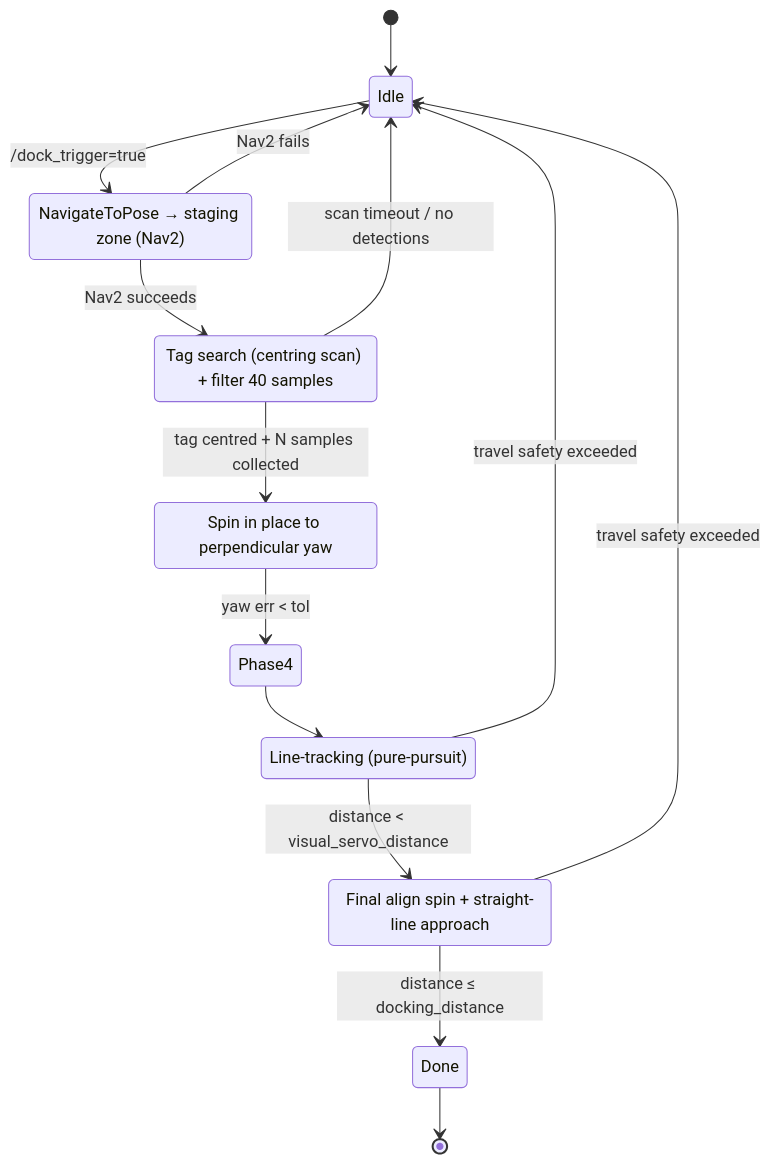
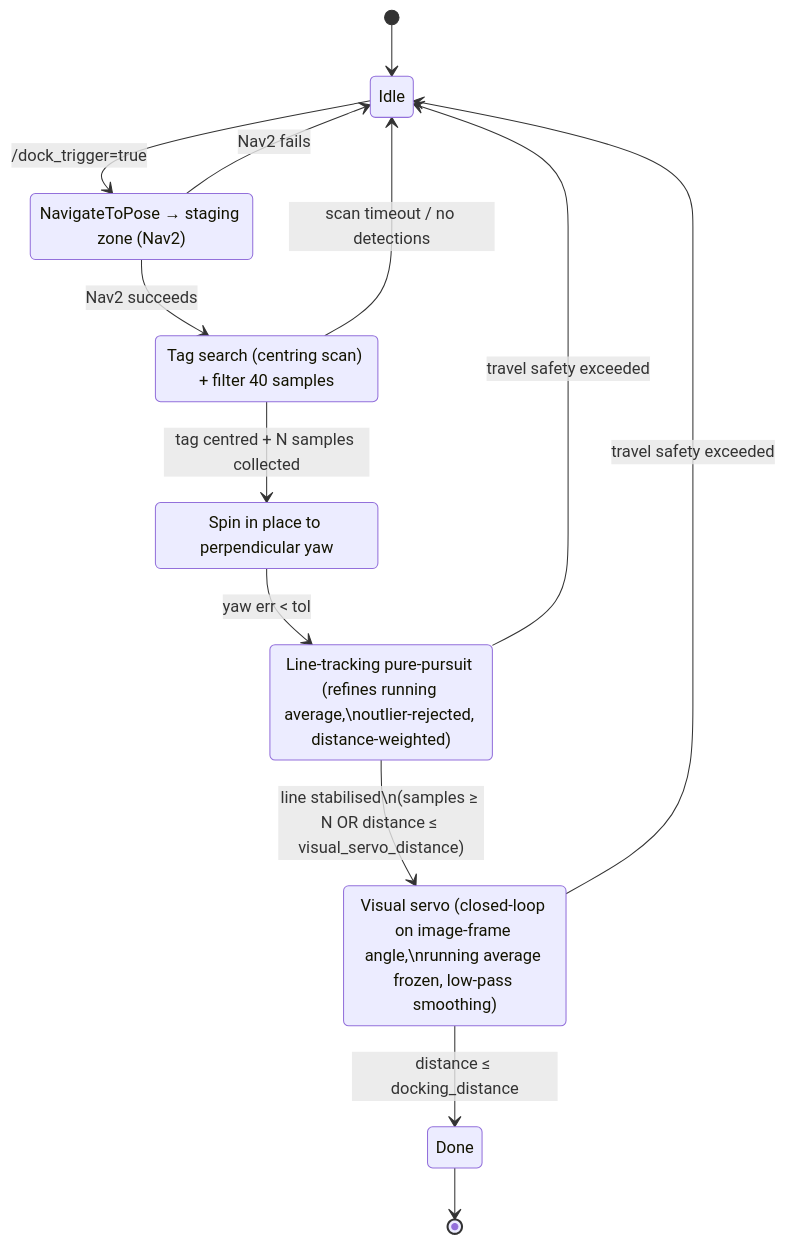
Before and after one commit to rajindulkar22/openamr-platform-sw: the fourth of 6 diagrams in ros2/src/openamrobot_docking/docs/10_diagrams.md, drawn with Mermaid. The commit also changed other lines of this file and 22 other files, not shown here.

````diff
--- a/ros2/src/openamrobot_docking/docs/10_diagrams.md
+++ b/ros2/src/openamrobot_docking/docs/10_diagrams.md
@@ -110,26 +110,26 @@
 ```mermaid
 stateDiagram-v2
   [*] --> Idle
   Idle --> Phase1 : /dock_trigger=true
 
   Phase1 : NavigateToPose → staging zone (Nav2)
   Phase1 --> Phase2 : Nav2 succeeds
   Phase1 --> Idle : Nav2 fails
 
   Phase2 : Tag search (centring scan) + filter 40 samples
   Phase2 --> Phase3 : tag centred + N samples collected
   Phase2 --> Idle : scan timeout / no detections
 
   Phase3 : Spin in place to perpendicular yaw
-  Phase3 --> Phase4 : yaw err < tol
+  Phase3 --> Phase4a : yaw err < tol
 
-  Phase4a : Line-tracking (pure-pursuit)
-  Phase4b : Final align spin + straight-line approach
-  Phase4 --> Phase4a
-  Phase4a --> Phase4b : distance < visual_servo_distance
+  Phase4a : Line-tracking pure-pursuit (refines running average,\noutlier-rejected, distance-weighted)
+  Phase4a --> Phase4b : line stabilised\n(samples ≥ N OR distance ≤ visual_servo_distance)
+  Phase4a --> Idle : travel safety exceeded
+
+  Phase4b : Visual servo (closed-loop on image-frame angle,\nrunning average frozen, low-pass smoothing)
   Phase4b --> Done : distance ≤ docking_distance
-  Phase4a --> Idle : travel safety exceeded
   Phase4b --> Idle : travel safety exceeded
 
   Done --> [*]
 ```
````
